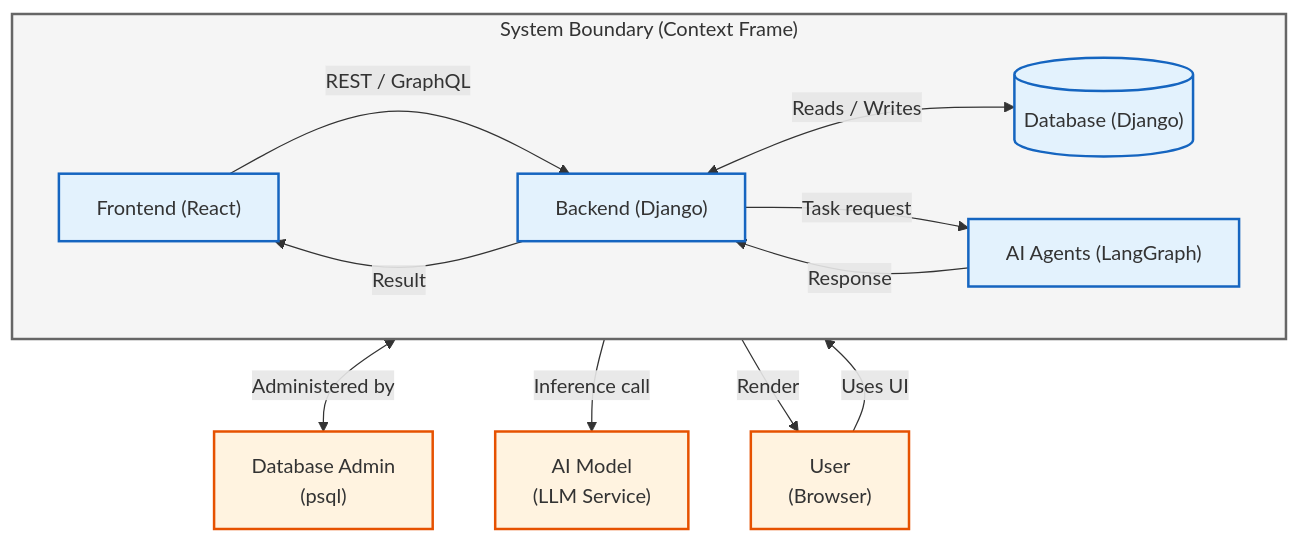
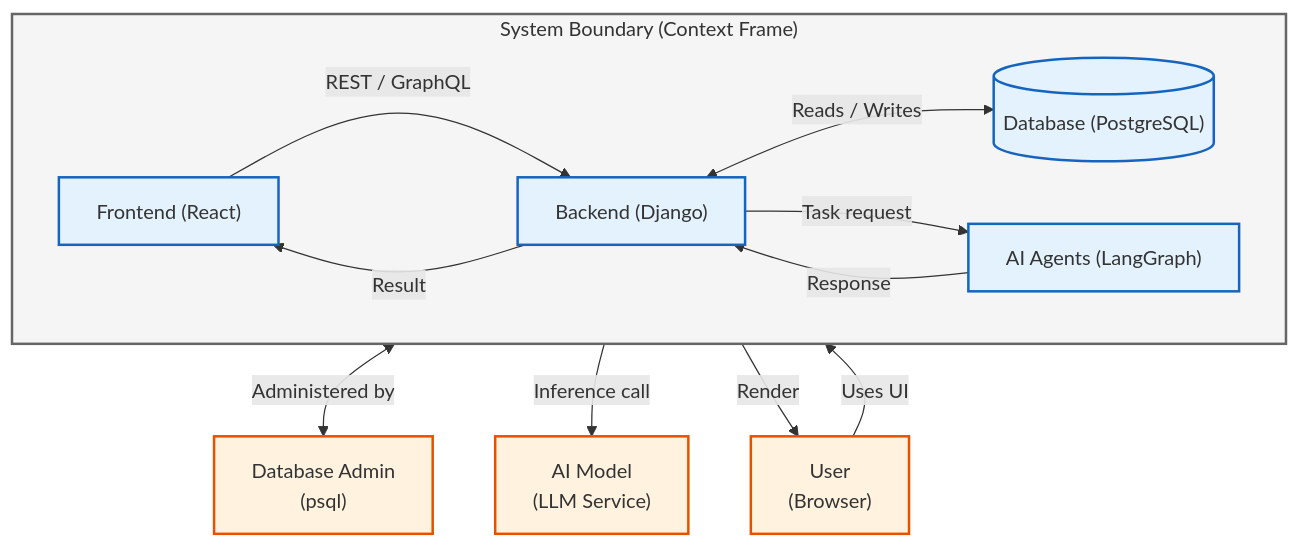
One commit to muhegab/simple_interesting_01 changed the diagram in README.md. Above: the diagram before and after it, drawn with Mermaid.

Commit message:
Corrected a word in the mermaid diagram in README.md

````diff
--- a/README.md
+++ b/README.md
@@ -5,36 +5,36 @@
 ```mermaid  
 flowchart TB
     %% External blocks
     User["User<br/>(Browser)"]
     DBA["Database Admin<br/>(psql)"]
     AIModel["AI Model<br/>(LLM Service)"]
 
     %% System boundary / context frame
     subgraph System["System Boundary (Context Frame)"]
         direction LR
         FE["Frontend (React)"]
         BE["Backend (Django)"]
-        DB[("Database (Django)")]
+        DB[("Database (PostgreSQL)")]
         AI["AI Agents (LangGraph)"]
     end
 
     %% Connections
     User -->|"Uses UI"| FE
     FE -->|"REST / GraphQL"| BE
     BE <-->|"Reads / Writes"| DB
     DB <-->|"Administered by"| DBA
     BE -->|"Task request"| AI
     AI -->|"Inference call"| AIModel
     AI -->|"Response"| BE
     BE -->|"Result"| FE
     FE -->|"Render"| User
 
     %% Styling
     classDef external fill:#fff3e0,stroke:#e65100,stroke-width:2px;
     classDef internal fill:#e3f2fd,stroke:#1565c0,stroke-width:2px;
 
     class User,DBA,AIModel external;
     class FE,BE,DB,AI internal;
 
     style System fill:#f5f5f5,stroke:#666,stroke-width:2px;
 ```
````
